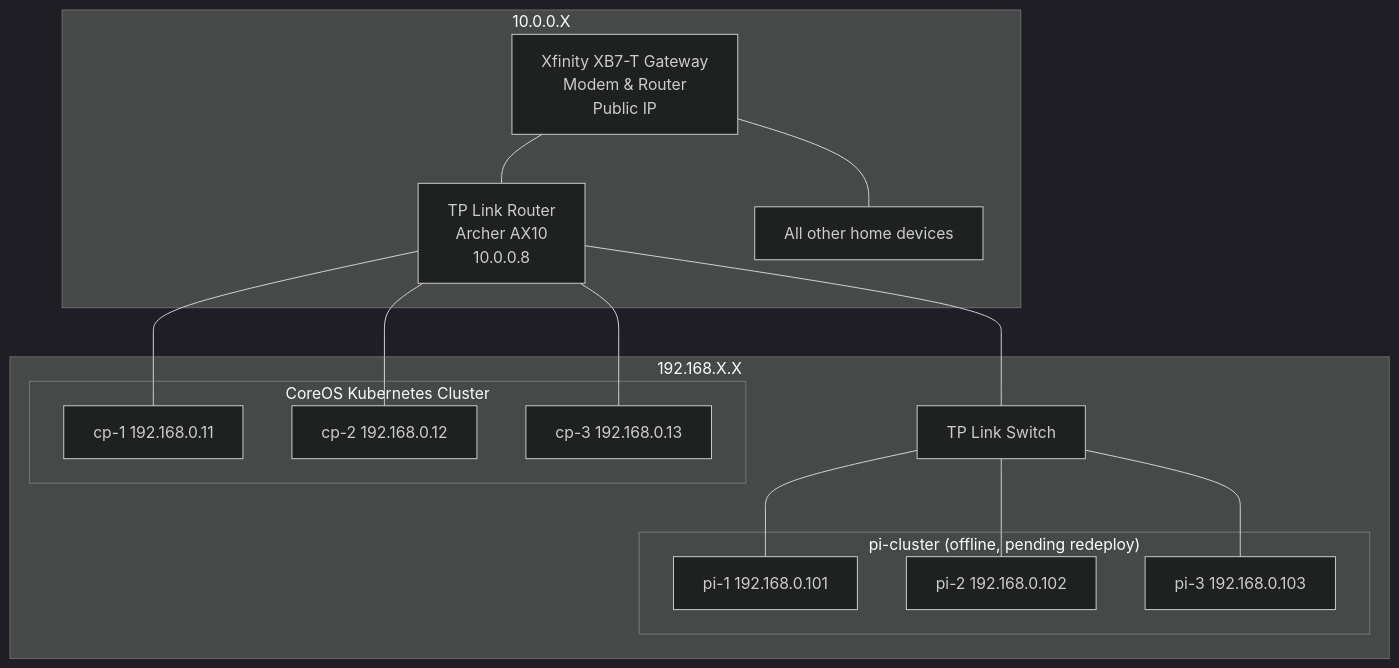
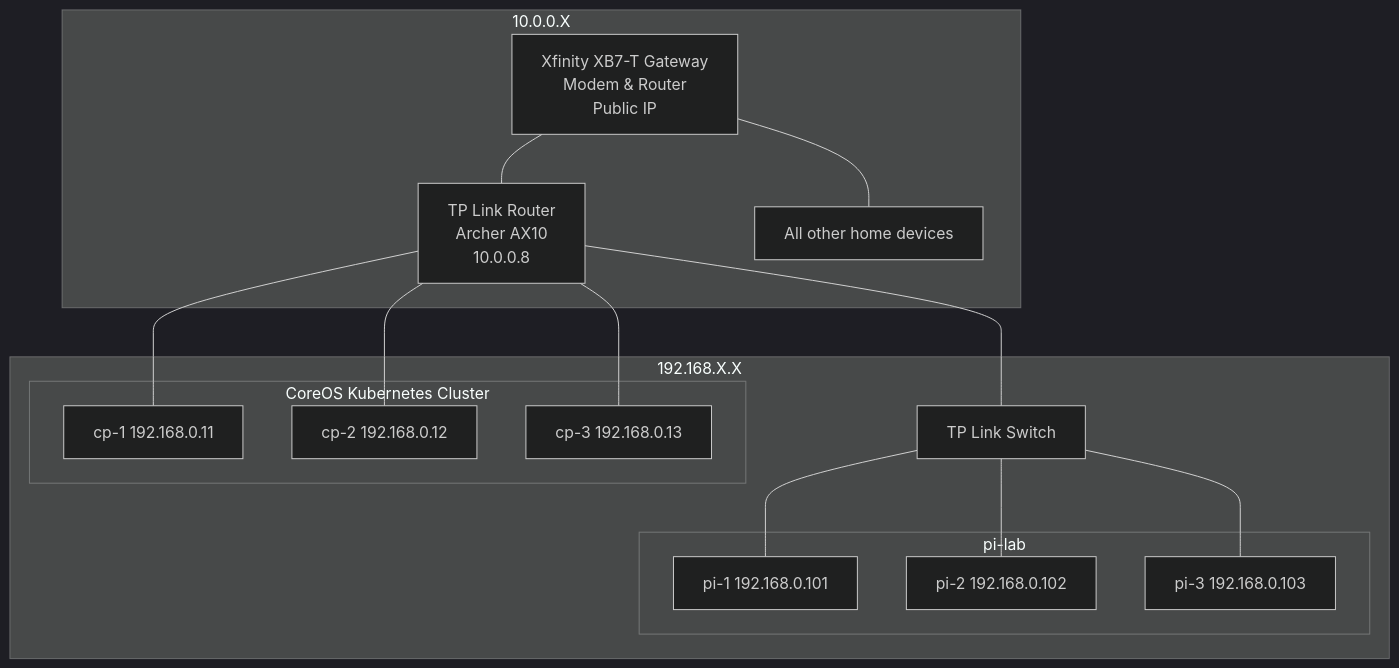
Before and after one commit to jennweir/homelab: the diagram in README.md, drawn with Mermaid (dark theme). The commit also changed 18 other files, not shown here.

First line of the commit message:
feat(k8s): redeploy pi lab cluster (#183)

````diff
--- a/README.md
+++ b/README.md
@@ -3,30 +3,30 @@
 ```mermaid
 graph TD
 subgraph "10.0.0.X"
 A[Xfinity XB7-T Gateway<br/>Modem & Router<br/>Public IP]
 A --- B
 A --- J
 J[All other home devices]
 end
 B[TP Link Router <br/>Archer AX10<br/>10.0.0.8]
 B --- C
 B --- D
 B --- E
 B --- F
 subgraph "192.168.X.X"
 subgraph "CoreOS Kubernetes Cluster"
 C["cp-1 192.168.0.11"]
 D["cp-2 192.168.0.12"]
 E["cp-3 192.168.0.13"]
 end
 F[TP Link Switch]
-subgraph "pi-cluster (offline, pending redeploy)"
+subgraph "pi-lab"
 G["pi-1 192.168.0.101"]
 H["pi-2 192.168.0.102"]
 I["pi-3 192.168.0.103"]
 end
 F --- G
 F --- H
 F --- I
 end
 ```
````
